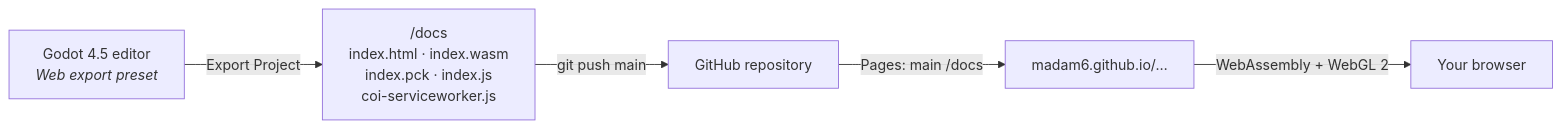
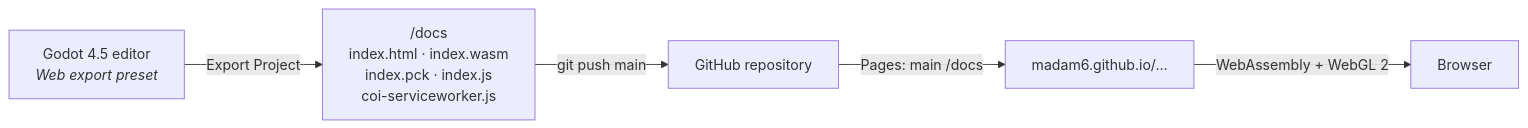
One commit to madam6/Sandbox-Visualizer-for-Higher-Dimensional-Shapes changed the fifth of 5 diagrams in README.md. Above: the diagram before and after it, drawn with Mermaid. The commit also changed other lines of this file and 28 other files, not shown here.

````diff
--- a/README.md
+++ b/README.md
@@ -238,7 +272,7 @@
 ```mermaid
 flowchart LR
     G["Godot 4.5 editor<br/><i>Web export preset</i>"] -->|Export Project| D["/docs<br/>index.html · index.wasm<br/>index.pck · index.js<br/>coi-serviceworker.js"]
     D -->|git push main| GH["GitHub repository"]
     GH -->|Pages: main /docs| P["madam6.github.io/…"]
-    P -->|WebAssembly + WebGL 2| B["Your browser"]
+    P -->|WebAssembly + WebGL 2| B["Browser"]
 ```
````
